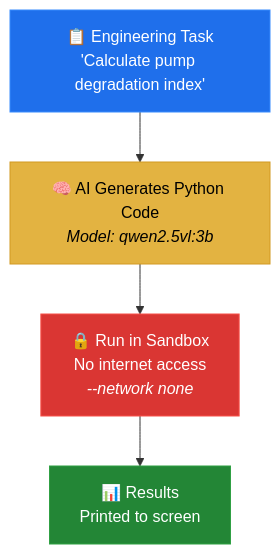
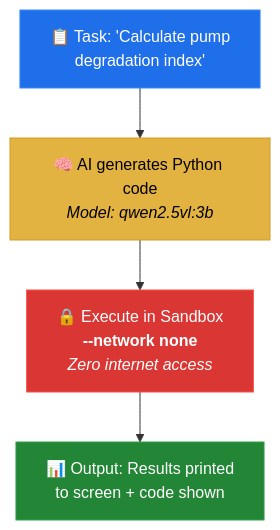
One commit to i-shubhh/DEMO-117 changed the seventh of 13 diagrams in README.md. Above: the diagram before and after it, drawn with Mermaid. The commit also changed other lines of this file, not shown here.

````diff
--- a/README.md
+++ b/README.md
@@ -199,11 +271,14 @@
 ```mermaid
 graph TD
-    TASK["📋 Engineering Task<br/>'Calculate pump degradation index'"] --> GEN["🧠 AI Generates Python Code<br/><i>Model: qwen2.5vl:3b</i>"]
-    GEN --> SANDBOX["🔒 Run in Sandbox<br/>No internet access<br/><i>--network none</i>"]
-    SANDBOX --> OUTPUT["📊 Results<br/>Printed to screen"]
+    TASK["📋 Task: 'Calculate pump<br/>degradation index'"]
+    GEN["🧠 AI generates Python code<br/><i>Model: qwen2.5vl:3b</i>"]
+    SANDBOX["🔒 Execute in Sandbox<br/><b>--network none</b><br/><i>Zero internet access</i>"]
+    RESULT["📊 Output: Results printed<br/>to screen + code shown"]
+
+    TASK --> GEN --> SANDBOX --> RESULT
 
     style TASK fill:#1f6feb,stroke:#388bfd,color:#fff
     style GEN fill:#e3b341,stroke:#d29922,color:#000
     style SANDBOX fill:#da3633,stroke:#f85149,color:#fff
-    style OUTPUT fill:#238636,stroke:#2ea043,color:#fff
+    style RESULT fill:#238636,stroke:#2ea043,color:#fff
 ```
````
